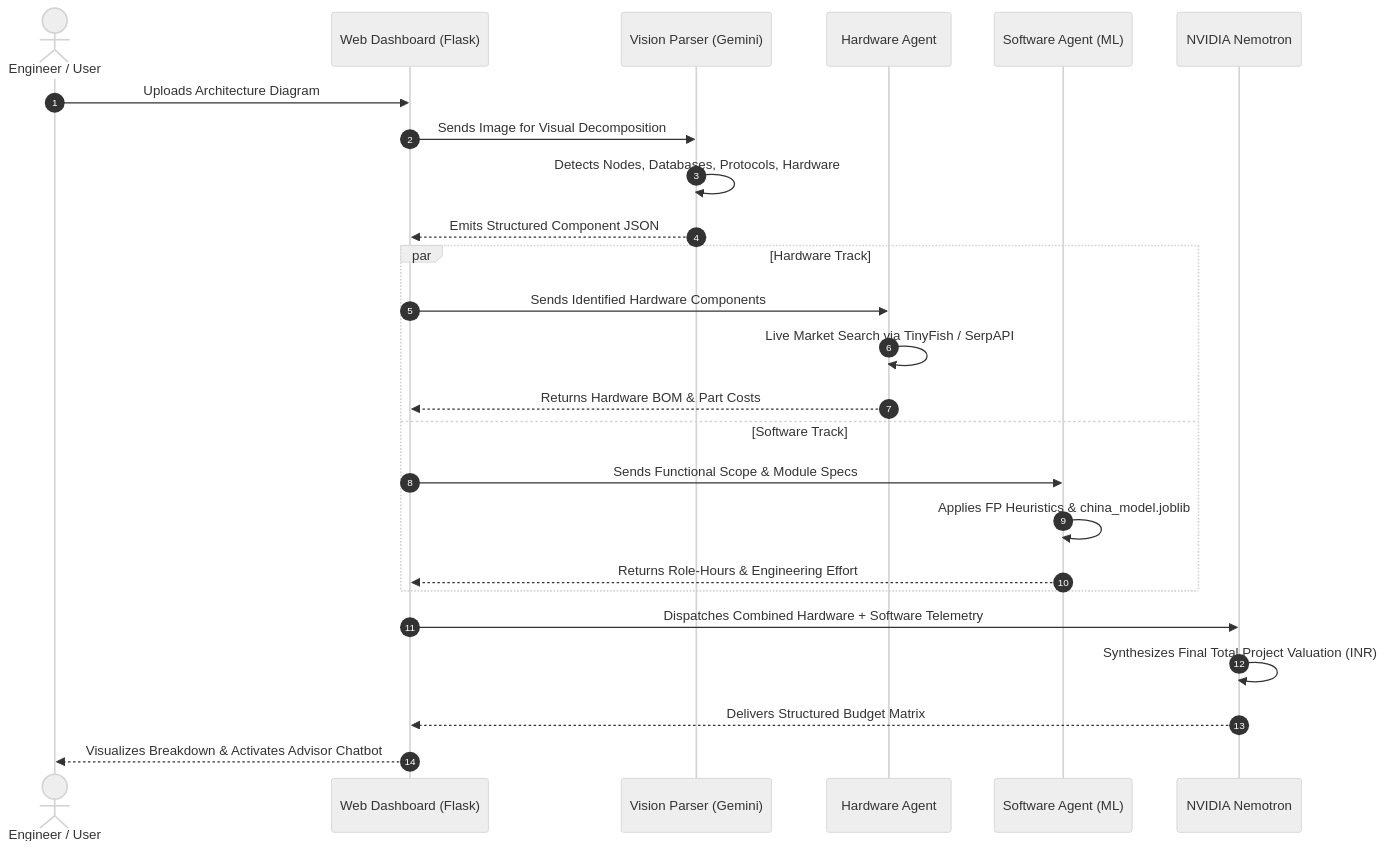
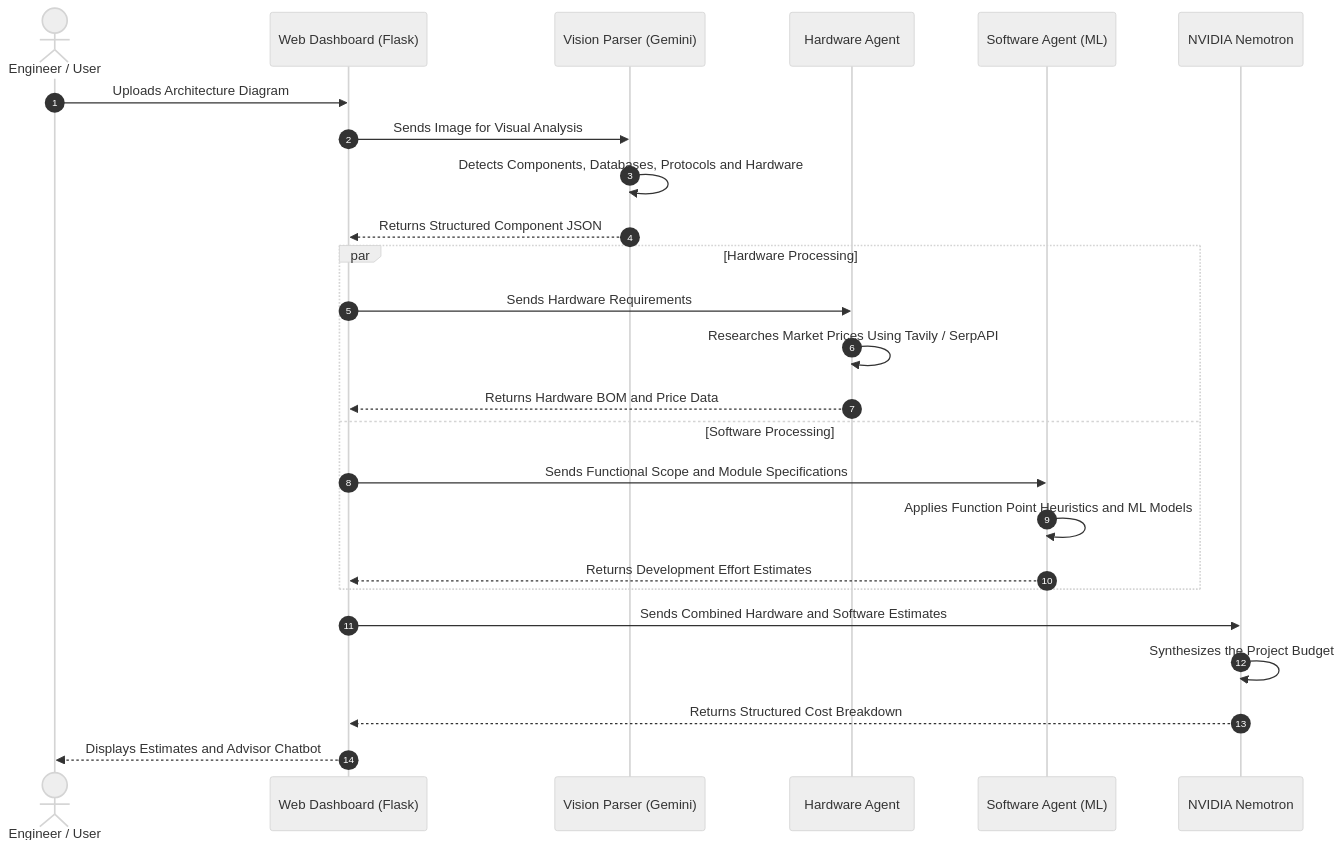
The second of 2 diagrams in README.md (Varshithkumar06/KLE-Tech-Fest), drawn with Mermaid (neutral theme) before and after one commit. The commit also changed other lines of this file, not shown here.

````diff
--- a/README.md
+++ b/README.md
@@ -80,30 +67,30 @@
 ```mermaid
 sequenceDiagram
     autonumber
     actor User as Engineer / User
     participant Web as Web Dashboard (Flask)
     participant Vision as Vision Parser (Gemini)
     participant HW as Hardware Agent
     participant SW as Software Agent (ML)
     participant LLM as NVIDIA Nemotron
 
     User->>Web: Uploads Architecture Diagram
-    Web->>Vision: Sends Image for Visual Decomposition
-    Vision->>Vision: Detects Nodes, Databases, Protocols, Hardware
-    Vision-->>Web: Emits Structured Component JSON
-    
-    par Hardware Track
-        Web->>HW: Sends Identified Hardware Components
-        HW->>HW: Live Market Search via TinyFish / SerpAPI
-        HW-->>Web: Returns Hardware BOM & Part Costs
-    and Software Track
-        Web->>SW: Sends Functional Scope & Module Specs
-        SW->>SW: Applies FP Heuristics & china_model.joblib
-        SW-->>Web: Returns Role-Hours & Engineering Effort
+    Web->>Vision: Sends Image for Visual Analysis
+    Vision->>Vision: Detects Components, Databases, Protocols and Hardware
+    Vision-->>Web: Returns Structured Component JSON
+
+    par Hardware Processing
+        Web->>HW: Sends Hardware Requirements
+        HW->>HW: Researches Market Prices Using Tavily / SerpAPI
+        HW-->>Web: Returns Hardware BOM and Price Data
+    and Software Processing
+        Web->>SW: Sends Functional Scope and Module Specifications
+        SW->>SW: Applies Function Point Heuristics and ML Models
+        SW-->>Web: Returns Development Effort Estimates
     end
 
-    Web->>LLM: Dispatches Combined Hardware + Software Telemetry
-    LLM->>LLM: Synthesizes Final Total Project Valuation (INR)
-    LLM-->>Web: Delivers Structured Budget Matrix
-    Web-->>User: Visualizes Breakdown & Activates Advisor Chatbot
+    Web->>LLM: Sends Combined Hardware and Software Estimates
+    LLM->>LLM: Synthesizes the Project Budget
+    LLM-->>Web: Returns Structured Cost Breakdown
+    Web-->>User: Displays Estimates and Advisor Chatbot
 ```
````
